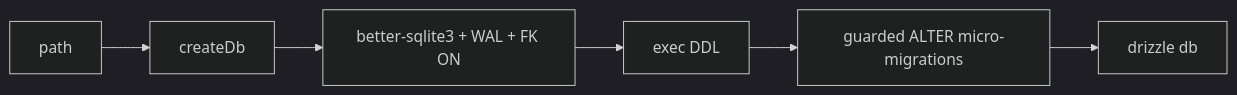
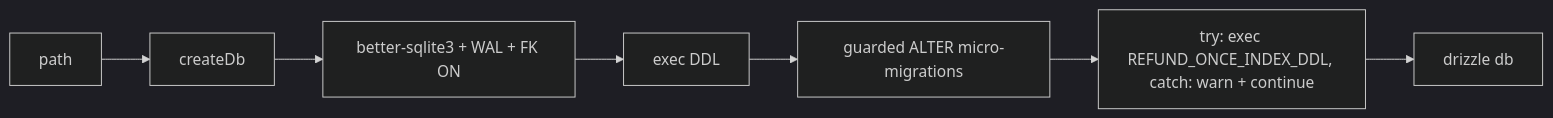
Before and after one commit to AzamatRaimbekov2/openCreate: the diagram in apps/api/src/db/client.ts.md, drawn with Mermaid (dark theme). The commit also changed other lines of this file and 17 other files, not shown here.

First line of the commit message:
feat(api): db-level refund-once index + asset download limits

````diff
--- a/apps/api/src/db/client.ts.md
+++ b/apps/api/src/db/client.ts.md
@@ -19,4 +19,4 @@
 ```mermaid
 flowchart LR
-  P[path] --> C[createDb] --> SQ[better-sqlite3 + WAL + FK ON] --> DDLX[exec DDL] --> MM[guarded ALTER micro-migrations] --> DR[drizzle db]
+  P[path] --> C[createDb] --> SQ[better-sqlite3 + WAL + FK ON] --> DDLX[exec DDL] --> MM[guarded ALTER micro-migrations] --> UX[try: exec REFUND_ONCE_INDEX_DDL, catch: warn + continue] --> DR[drizzle db]
 ```
````
